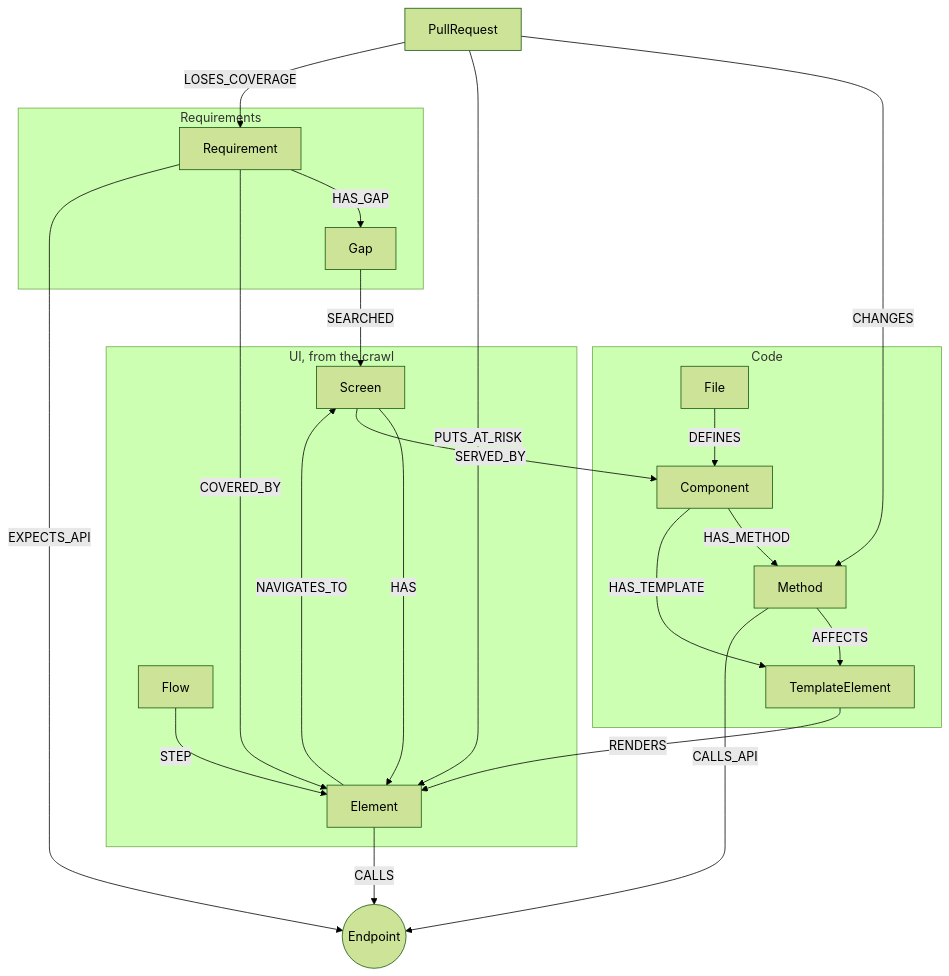
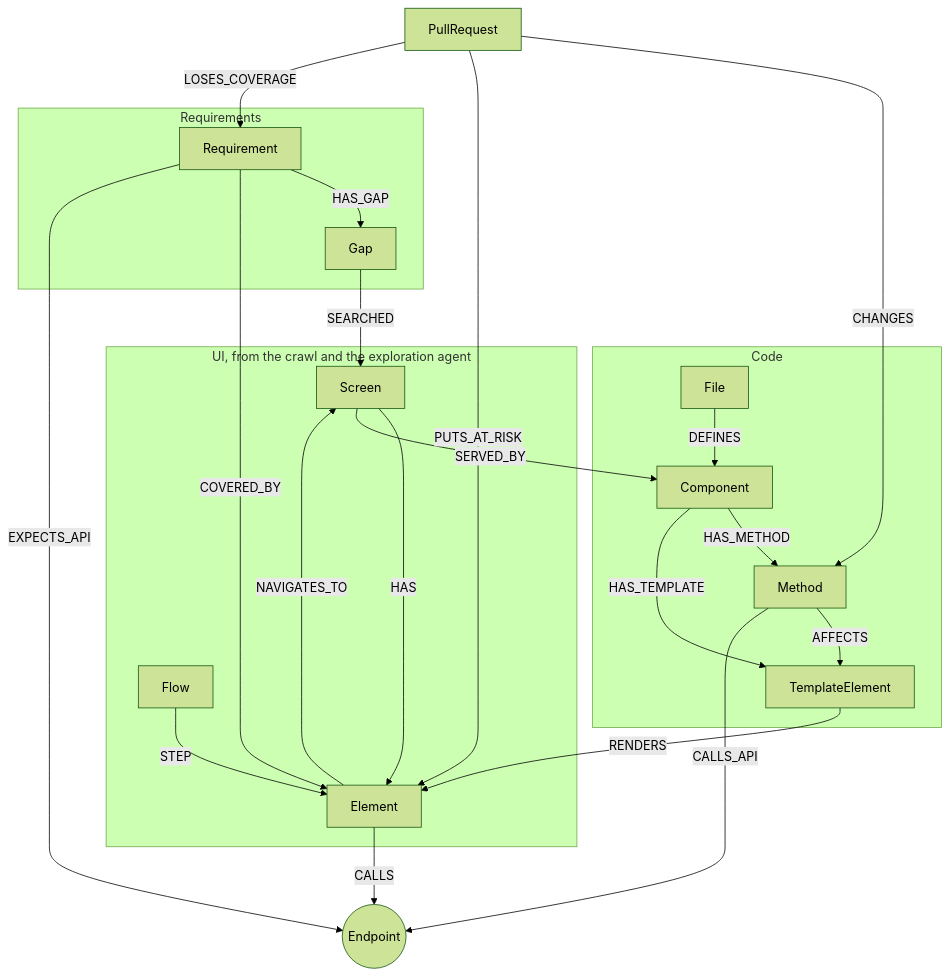
The second of 2 diagrams in docs/design.md (nekender/blast-radius-agent), drawn with Mermaid (forest theme) before and after one commit. The commit also changed other lines of this file and 26 other files, not shown here.

Commit message:
Exploration agent (guarded writes, verified cleanup) and assessment agent (grounded, bounded re-ranking); evals for both; design doc reframed

````diff
--- a/docs/design.md
+++ b/docs/design.md
@@ -95,27 +137,27 @@
 ```mermaid
 flowchart TB
   subgraph REQ[Requirements]
     R[Requirement] -->|HAS_GAP| G[Gap]
   end
-  subgraph UI[UI, from the crawl]
+  subgraph UI[UI, from the crawl and the exploration agent]
     S[Screen] -->|HAS| E[Element]
     E -->|NAVIGATES_TO| S
     F[Flow] -->|STEP| E
   end
   subgraph CODE[Code]
     FI[File] -->|DEFINES| C[Component]
     C -->|HAS_METHOD| M[Method]
     C -->|HAS_TEMPLATE| T[TemplateElement]
     M -->|AFFECTS| T
   end
   R -->|COVERED_BY| E
   G -->|SEARCHED| S
   T -->|RENDERS| E
   S -->|SERVED_BY| C
   M -->|CALLS_API| EP((Endpoint))
   E -->|CALLS| EP
   R -->|EXPECTS_API| EP
   PR[PullRequest] -->|CHANGES| M
   PR -->|PUTS_AT_RISK| E
   PR -->|LOSES_COVERAGE| R
 ```
````
